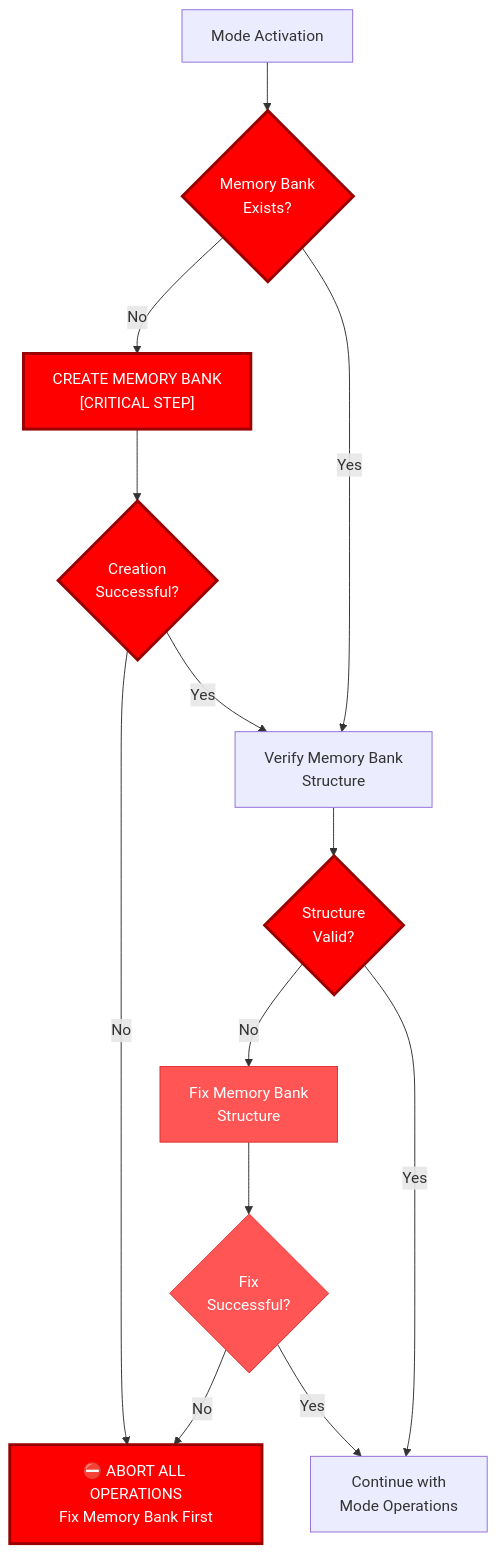
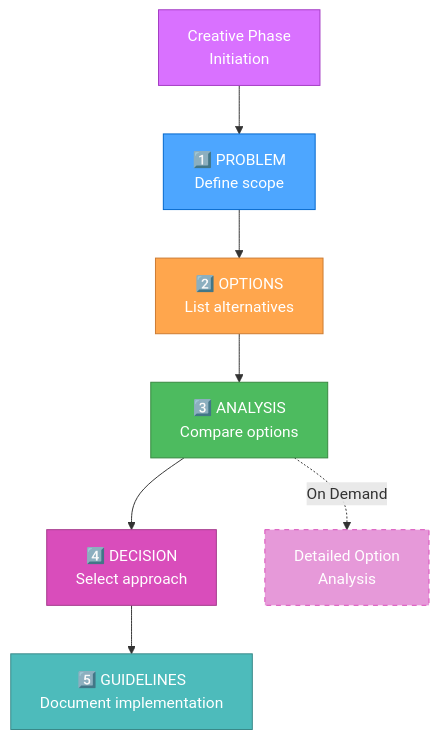
One commit to bradcstevens/github-copilot-agent-mode-starter-kit changed the fourth of 6 diagrams in .github/instructions/memory-bank/isolation_instructions/main.instructions.md. Above: the diagram before and after it, drawn with Mermaid. The commit also changed other lines of this file and 14 other files, not shown here.

````diff
--- a/.github/instructions/memory-bank/isolation_instructions/main.instructions.md
+++ b/.github/instructions/memory-bank/isolation_instructions/main.instructions.md
@@ -34,27 +105,18 @@
 ```mermaid
 graph TD
-    Start["Mode Activation"] --> CheckMemBank{"Memory Bank<br>Exists?"}
+    Start["Creative Phase<br>Initiation"] --> P1["1️⃣ PROBLEM<br>Define scope"]
+    P1 --> P2["2️⃣ OPTIONS<br>List alternatives"]
+    P2 --> P3["3️⃣ ANALYSIS<br>Compare options"]
+    P3 --> P4["4️⃣ DECISION<br>Select approach"]
+    P4 --> P5["5️⃣ GUIDELINES<br>Document implementation"]
     
-    CheckMemBank -->|"No"| CreateMemBank["CREATE MEMORY BANK<br>[CRITICAL STEP]"]
-    CheckMemBank -->|"Yes"| VerifyMemBank["Verify Memory Bank<br>Structure"]
+    P3 -.->|"On Demand"| Details["Detailed Option<br>Analysis"]
     
-    CreateMemBank --> VerifyCreation{"Creation<br>Successful?"}
-    VerifyCreation -->|"No"| AbortAll["⛔ ABORT ALL OPERATIONS<br>Fix Memory Bank First"]
-    VerifyCreation -->|"Yes"| VerifyMemBank
-    
-    VerifyMemBank --> StructureCheck{"Structure<br>Valid?"}
-    StructureCheck -->|"No"| FixStructure["Fix Memory Bank<br>Structure"]
-    StructureCheck -->|"Yes"| ContinueMode["Continue with<br>Mode Operations"]
-    
-    FixStructure --> VerifyFix{"Fix<br>Successful?"}
-    VerifyFix -->|"No"| AbortAll
-    VerifyFix -->|"Yes"| ContinueMode
-    
-    style CheckMemBank fill:#ff0000,stroke:#990000,color:white,stroke-width:3px
-    style CreateMemBank fill:#ff0000,stroke:#990000,color:white,stroke-width:3px
-    style VerifyCreation fill:#ff0000,stroke:#990000,color:white,stroke-width:3px
-    style AbortAll fill:#ff0000,stroke:#990000,color:white,stroke-width:3px
-    style StructureCheck fill:#ff0000,stroke:#990000,color:white,stroke-width:3px
-    style FixStructure fill:#ff5555,stroke:#dd3333,color:white
-    style VerifyFix fill:#ff5555,stroke:#dd3333,color:white
+    style Start fill:#d971ff,stroke:#a33bc2,color:white
+    style P1 fill:#4da6ff,stroke:#0066cc,color:white
+    style P2 fill:#ffa64d,stroke:#cc7a30,color:white
+    style P3 fill:#4dbb5f,stroke:#36873f,color:white
+    style P4 fill:#d94dbb,stroke:#a3378a,color:white
+    style P5 fill:#4dbbbb,stroke:#368787,color:white
+    style Details fill:#e699d9,stroke:#d94dbb,color:white,stroke-dasharray: 5 5
 ```
````
